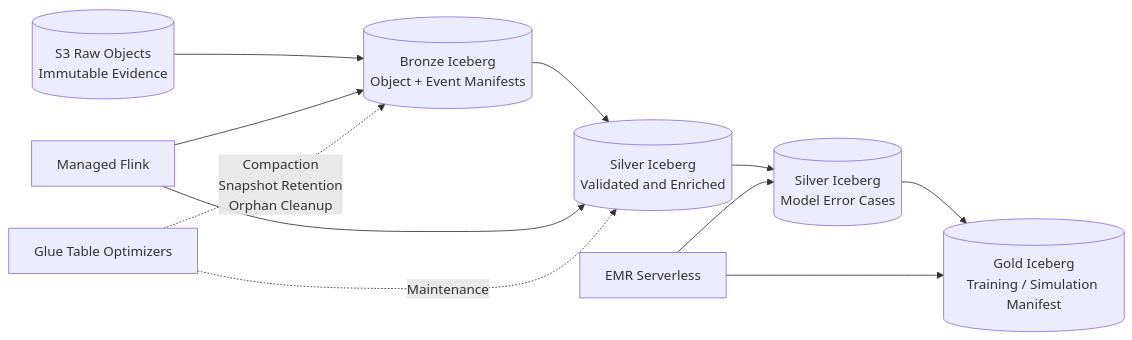
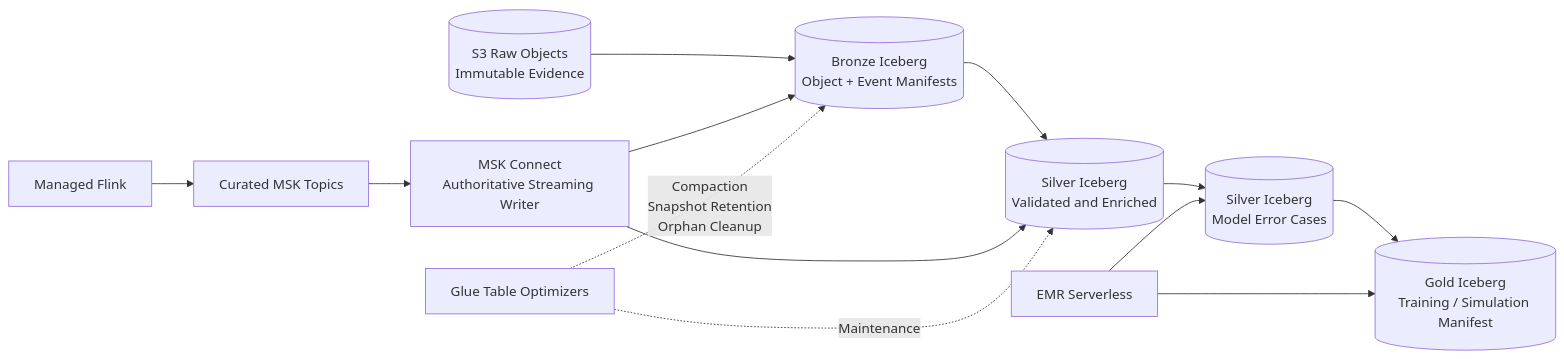
One commit to superdba111/DevSecOps changed the third of 8 diagrams in DataOps/AWS_XPENG.md. Above: the diagram before and after it, drawn with Mermaid. The commit also changed other lines of this file, not shown here.

````diff
--- a/DataOps/AWS_XPENG.md
+++ b/DataOps/AWS_XPENG.md
@@ -359,14 +421,16 @@
 ```mermaid
 flowchart LR
     Raw[("S3 Raw Objects<br/>Immutable Evidence")] --> Bronze[("Bronze Iceberg<br/>Object + Event Manifests")]
     Bronze --> Silver[("Silver Iceberg<br/>Validated and Enriched")]
     Silver --> Error[("Silver Iceberg<br/>Model Error Cases")]
     Error --> Gold[("Gold Iceberg<br/>Training / Simulation Manifest")]
 
-    Flink["Managed Flink"] --> Bronze
-    Flink --> Silver
+    Flink["Managed Flink"] --> Curated["Curated MSK Topics"]
+    Curated --> Connect["MSK Connect<br/>Authoritative Streaming Writer"]
+    Connect --> Bronze
+    Connect --> Silver
     EMR["EMR Serverless"] --> Error
     EMR --> Gold
     Optimizer["Glue Table Optimizers"] -. "Compaction<br/>Snapshot Retention<br/>Orphan Cleanup" .-> Bronze
     Optimizer -. "Maintenance" .-> Silver
 ```
````
